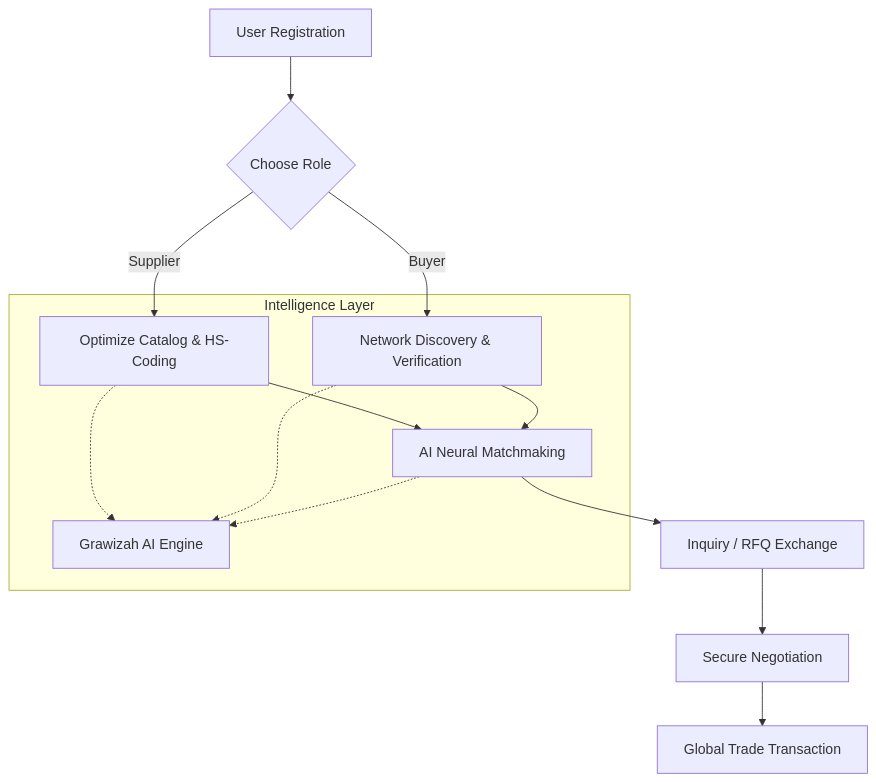
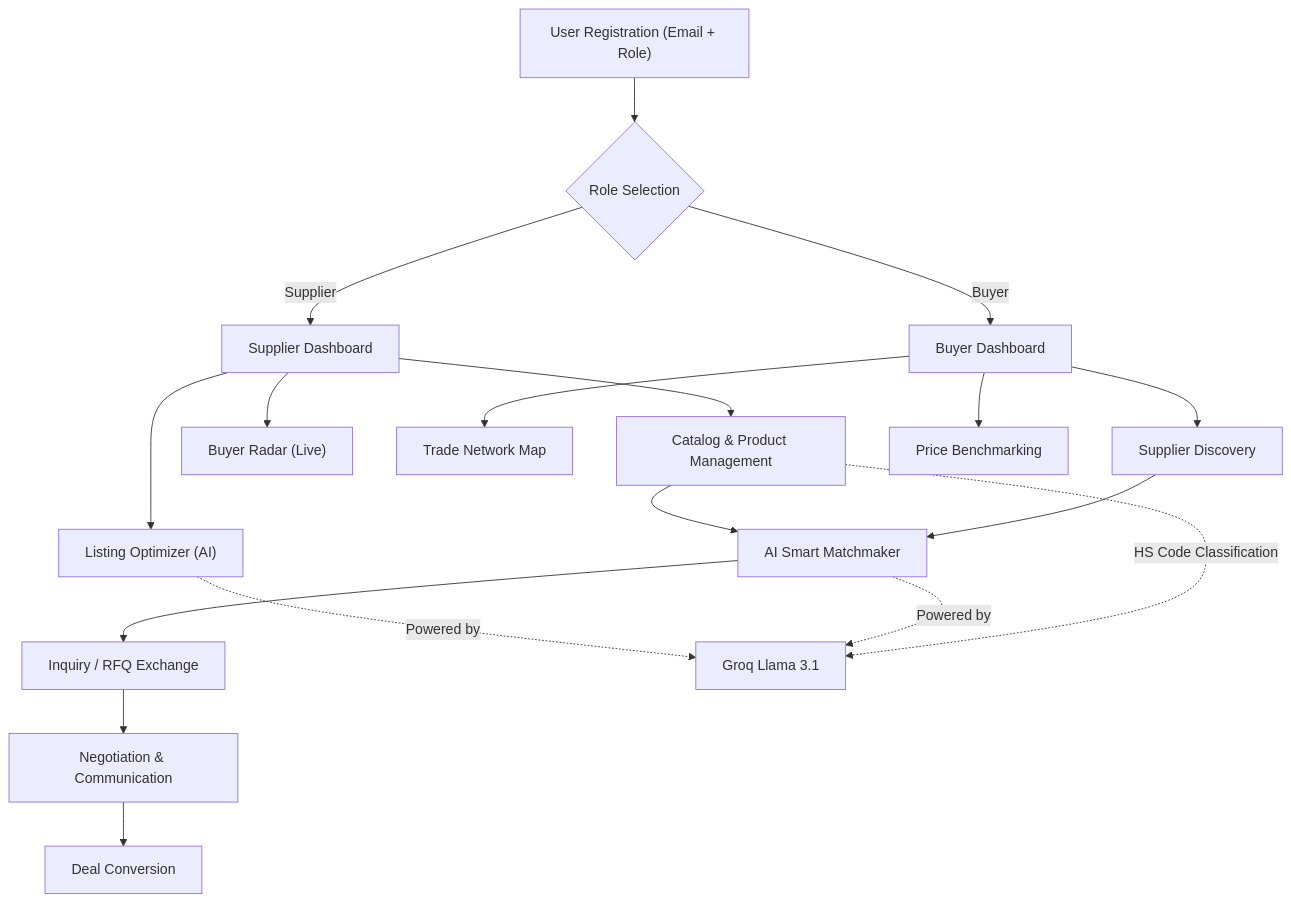
One commit to wi5nuu/grawizah.com changed the second of 5 diagrams in README.md. Above: the diagram before and after it, drawn with Mermaid. The commit also changed other lines of this file and 2 other files, not shown here.

````diff
--- a/README.md
+++ b/README.md
@@ -96,17 +150,26 @@
 ```mermaid
 graph TD
-    A[User Registration] --> B{Choose Role}
-    B -- Supplier --> C[Optimize Catalog & HS-Coding]
-    B -- Buyer --> D[Network Discovery & Verification]
-    C --> E[AI Neural Matchmaking]
-    D --> E
-    E --> F[Inquiry / RFQ Exchange]
-    F --> G[Secure Negotiation]
-    G --> H[Global Trade Transaction]
-    
-    subgraph "Intelligence Layer"
-    C -.-> AI[Grawizah AI Engine]
-    D -.-> AI
-    E -.-> AI
-    end
+    A["User Registration (Email + Role)"] --> B{"Role Selection"}
+
+    B -->|Supplier| C["Supplier Dashboard"]
+    B -->|Buyer| D["Buyer Dashboard"]
+
+    C --> C1["Catalog & Product Management"]
+    C --> C2["Listing Optimizer (AI)"]
+    C --> C3["Buyer Radar (Live)"]
+
+    D --> D1["Trade Network Map"]
+    D --> D2["Supplier Discovery"]
+    D --> D3["Price Benchmarking"]
+
+    C1 --> E["AI Smart Matchmaker"]
+    D2 --> E
+
+    E --> F["Inquiry / RFQ Exchange"]
+    F --> G["Negotiation & Communication"]
+    G --> H["Deal Conversion"]
+
+    C2 -.->|Powered by| AI["Groq Llama 3.1"]
+    E -.->|Powered by| AI
+    C1 -.->|HS Code Classification| AI
 ```
````
